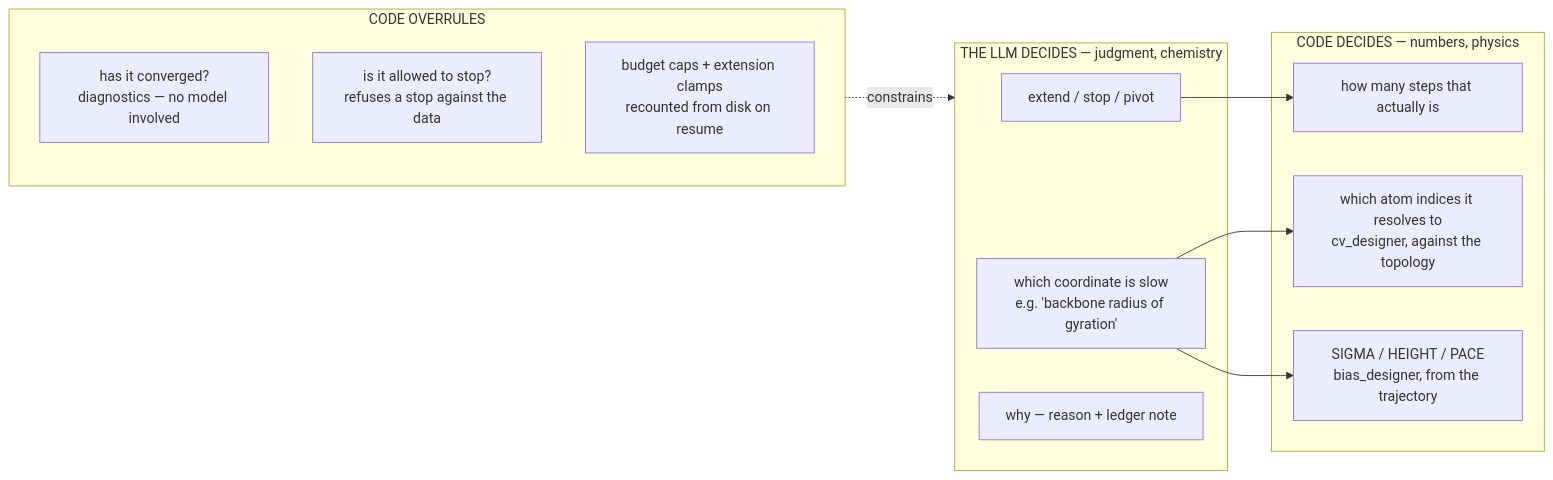
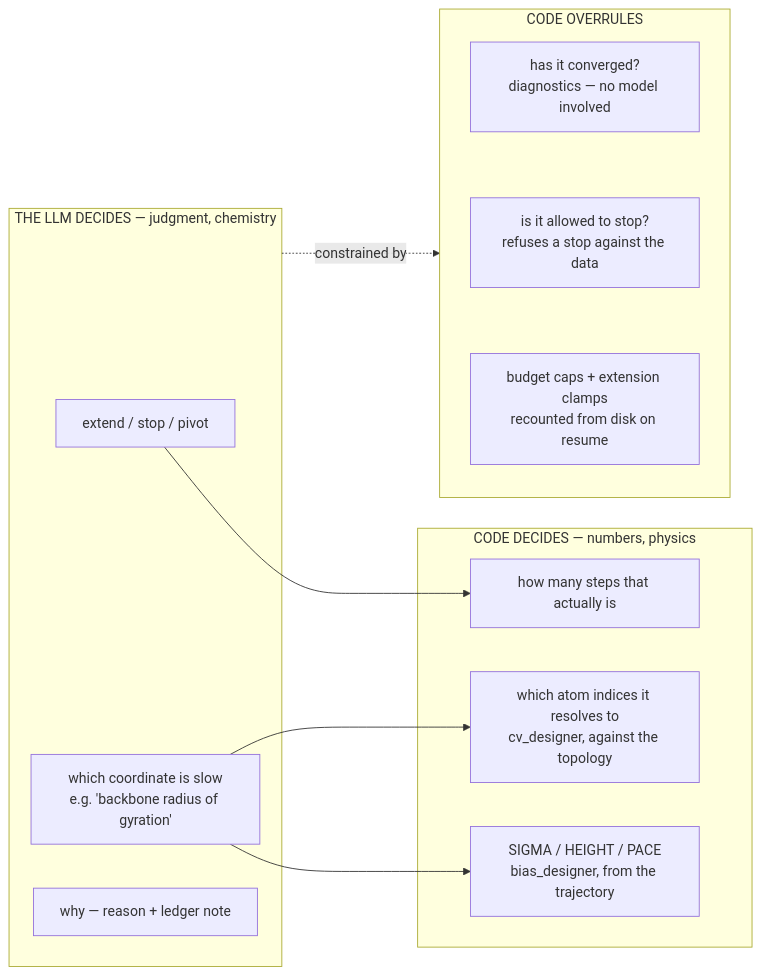
One commit to jeongmoon2006/MDAgent changed the third of 3 diagrams in docs/diagrams.md. Above: the diagram before and after it, drawn with Mermaid. The commit also changed 9 other files, not shown here.

````diff
--- a/docs/diagrams.md
+++ b/docs/diagrams.md
@@ -86,25 +86,29 @@
 ```mermaid
+%% Layout hints, not cosmetics: the ~~~ chain keeps GATE stacked and the
+%% C3-before-C2 order keeps CODE in reading order. Both keep the diagram
+%% narrow enough to render at full size instead of being scaled down.
 flowchart LR
     subgraph LLM["THE LLM DECIDES — judgment, chemistry"]
         L1["extend / stop / pivot"]
         L2["which coordinate is slow<br/>e.g. 'backbone radius of gyration'"]
         L3["why — reason + ledger note"]
     end
 
-    subgraph CODE["CODE DECIDES — numbers, physics"]
-        C1["how many steps that actually is"]
-        C2["which atom indices it resolves to<br/>cv_designer, against the topology"]
-        C3["SIGMA / HEIGHT / PACE<br/>bias_designer, from the trajectory"]
-    end
-
     subgraph GATE["CODE OVERRULES"]
         G1["has it converged?<br/>diagnostics — no model involved"]
         G2["is it allowed to stop?<br/>refuses a stop against the data"]
         G3["budget caps + extension clamps<br/>recounted from disk on resume"]
+        G1 ~~~ G2 ~~~ G3
+    end
+
+    subgraph CODE["CODE DECIDES — numbers, physics"]
+        C1["how many steps that actually is"]
+        C3["SIGMA / HEIGHT / PACE<br/>bias_designer, from the trajectory"]
+        C2["which atom indices it resolves to<br/>cv_designer, against the topology"]
     end
 
     L1 --> C1
+    L2 --> C3
     L2 --> C2
-    L2 --> C3
-    GATE -.->|constrains| LLM
+    LLM -.->|constrained by| GATE
 ```
````
